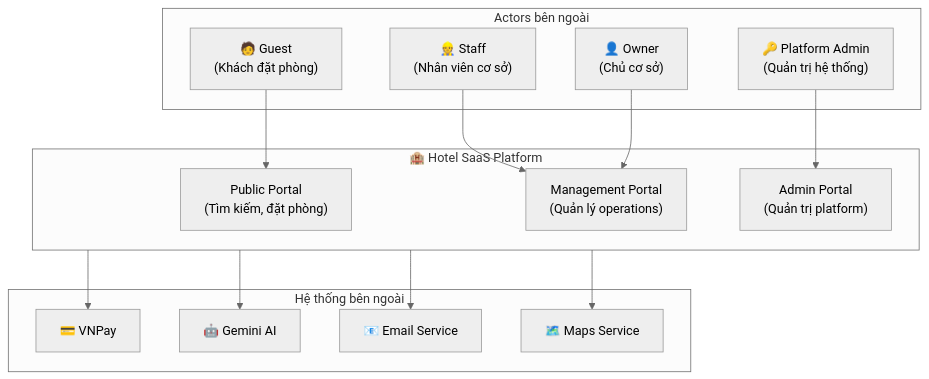
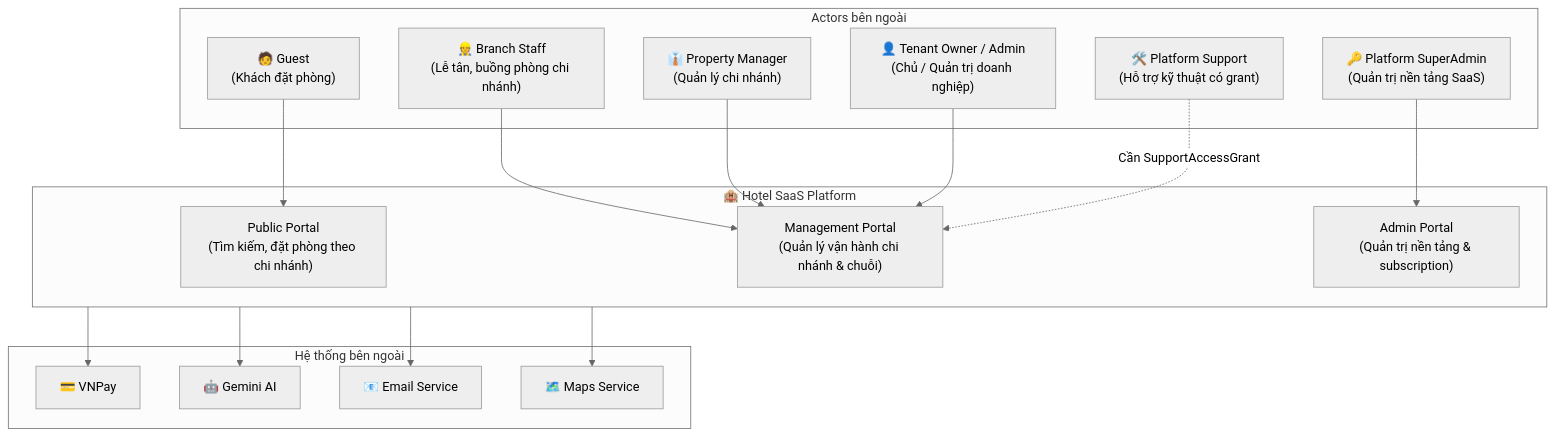
One commit to GinNgo/hotel-saas-v2 changed the diagram in docs/srs/02-actors-personas.md. Above: the diagram before and after it, drawn with Mermaid (neutral theme). The commit also changed other lines of this file and 1003 other files, not shown here.

Commit message:
feat: Phase 1 complete - architecture foundation, auth & RBAC, team roadmaps, week 1 reports, and feature scaffolds

````diff
--- a/docs/srs/02-actors-personas.md
+++ b/docs/srs/02-actors-personas.md
@@ -10,32 +10,36 @@
 ```mermaid
 flowchart TD
     subgraph External["Actors bên ngoài"]
         Guest["🧑 Guest<br/>(Khách đặt phòng)"]
-        Staff["👷 Staff<br/>(Nhân viên cơ sở)"]
-        Owner["👤 Owner<br/>(Chủ cơ sở)"]
-        Admin["🔑 Platform Admin<br/>(Quản trị hệ thống)"]
+        Staff["👷 Branch Staff<br/>(Lễ tân, buồng phòng chi nhánh)"]
+        PManager["👔 Property Manager<br/>(Quản lý chi nhánh)"]
+        TOwner["👤 Tenant Owner / Admin<br/>(Chủ / Quản trị doanh nghiệp)"]
+        Admin["🔑 Platform SuperAdmin<br/>(Quản trị nền tảng SaaS)"]
+        PSupport["🛠️ Platform Support<br/>(Hỗ trợ kỹ thuật có grant)"]
     end
 
     subgraph System["🏨 Hotel SaaS Platform"]
-        Public["Public Portal<br/>(Tìm kiếm, đặt phòng)"]
-        Mgmt["Management Portal<br/>(Quản lý operations)"]
-        AdminP["Admin Portal<br/>(Quản trị platform)"]
+        Public["Public Portal<br/>(Tìm kiếm, đặt phòng theo chi nhánh)"]
+        Mgmt["Management Portal<br/>(Quản lý vận hành chi nhánh & chuỗi)"]
+        AdminP["Admin Portal<br/>(Quản trị nền tảng & subscription)"]
     end
 
     subgraph ExtSys["Hệ thống bên ngoài"]
         VNPay["💳 VNPay"]
         GeminiAI["🤖 Gemini AI"]
         Email["📧 Email Service"]
         Maps["🗺️ Maps Service"]
     end
 
     Guest --> Public
     Staff --> Mgmt
-    Owner --> Mgmt
+    PManager --> Mgmt
+    TOwner --> Mgmt
     Admin --> AdminP
+    PSupport -.->|"Cần SupportAccessGrant"| Mgmt
 
     System --> VNPay
     System --> GeminiAI
     System --> Email
     System --> Maps
 ```
````
